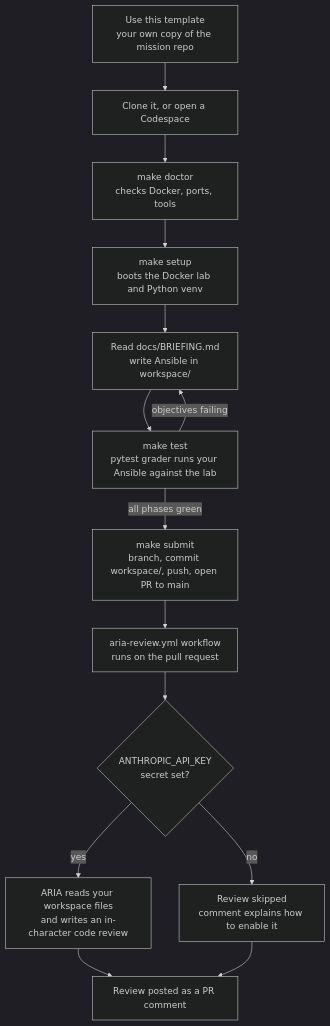
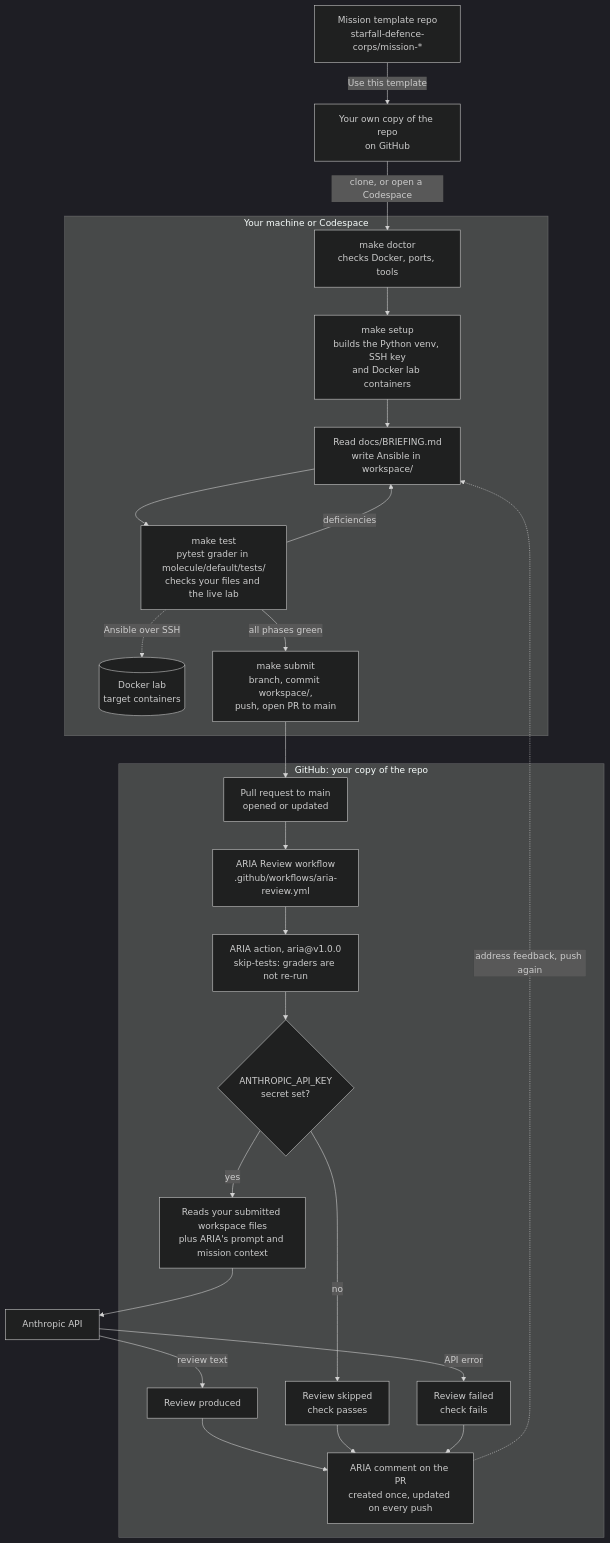
One commit to starfall-defence-corps/sdc-academy changed the diagram in README.md. Above: the diagram before and after it, drawn with Mermaid (dark theme). The commit also changed other lines of this file and 1 other file, not shown here.

Commit message:
Docs: align mission titles and redraw the mission/ARIA loop
COURSE_OUTLINE headings for 1.2-1.5, 2.3 and 2.4 used working titles that differ from the repos, the hub and ARIA's badge data. Use the canonical titles (Lock the Door, Clean Sweep, Many Ships, Clean House, Fleet Sync, Defence in Depth), plus the 1.4, 2.1 and 2.2 rows of the spaced-repetition table.

Replace the hub's How a Mission Works flowchart with an architecture diagram that separates the cadet's machine, GitHub and the Anthropic API, and shows what the code does: the workflow runs on PR open/update, the ARIA action runs with skip-tests so graders are not re-run in CI, the three review outcomes (produced, skipped without a key, failed on API error), and the single PR comment that is updated on each push. Add a short text summary under it.

````diff
--- a/README.md
+++ b/README.md
@@ -89,16 +89,44 @@
 ```mermaid
 flowchart TD
-    A["Use this template<br/>your own copy of the mission repo"] --> B["Clone it, or open a Codespace"]
-    B --> C["make doctor<br/>checks Docker, ports, tools"]
-    C --> D["make setup<br/>boots the Docker lab and Python venv"]
-    D --> E["Read docs/BRIEFING.md<br/>write Ansible in workspace/"]
-    E --> F["make test<br/>pytest grader runs your Ansible against the lab"]
-    F -- "objectives failing" --> E
-    F -- "all phases green" --> G["make submit<br/>branch, commit workspace/, push, open PR to main"]
-    G --> H["aria-review.yml workflow<br/>runs on the pull request"]
-    H --> I{"ANTHROPIC_API_KEY<br/>secret set?"}
-    I -- "yes" --> J["ARIA reads your workspace files<br/>and writes an in-character code review"]
-    I -- "no" --> K["Review skipped<br/>comment explains how to enable it"]
-    J --> L["Review posted as a PR comment"]
-    K --> L
+    TPL["Mission template repo<br/>starfall-defence-corps/mission-*"]
+    COPY["Your own copy of the repo<br/>on GitHub"]
+    API["Anthropic API"]
+
+    subgraph LOCAL["Your machine or Codespace"]
+        DOC["make doctor<br/>checks Docker, ports, tools"]
+        SETUP["make setup<br/>builds the Python venv, SSH key<br/>and Docker lab containers"]
+        WORK["Read docs/BRIEFING.md<br/>write Ansible in workspace/"]
+        TEST["make test<br/>pytest grader in molecule/default/tests/<br/>checks your files and the live lab"]
+        LAB[("Docker lab<br/>target containers")]
+        SUBMIT["make submit<br/>branch, commit workspace/,<br/>push, open PR to main"]
+    end
+
+    subgraph GH["GitHub: your copy of the repo"]
+        PR["Pull request to main<br/>opened or updated"]
+        WF["ARIA Review workflow<br/>.github/workflows/aria-review.yml"]
+        ACT["ARIA action, aria@v1.0.0<br/>skip-tests: graders are not re-run"]
+        KEY{"ANTHROPIC_API_KEY<br/>secret set?"}
+        SKIP["Review skipped<br/>check passes"]
+        READ["Reads your submitted workspace files<br/>plus ARIA's prompt and mission context"]
+        POSTED["Review produced"]
+        FAILED["Review failed<br/>check fails"]
+        COMMENT["ARIA comment on the PR<br/>created once, updated on every push"]
+    end
+
+    TPL -- "Use this template" --> COPY
+    COPY -- "clone, or open a Codespace" --> DOC
+    DOC --> SETUP --> WORK --> TEST
+    TEST -. "Ansible over SSH" .-> LAB
+    TEST -- "deficiencies" --> WORK
+    TEST -- "all phases green" --> SUBMIT
+    SUBMIT --> PR --> WF --> ACT --> KEY
+    KEY -- "no" --> SKIP
+    KEY -- "yes" --> READ
+    READ --> API
+    API -- "review text" --> POSTED
+    API -- "API error" --> FAILED
+    POSTED --> COMMENT
+    SKIP --> COMMENT
+    FAILED --> COMMENT
+    COMMENT -. "address feedback, push again" .-> WORK
 ```
````
